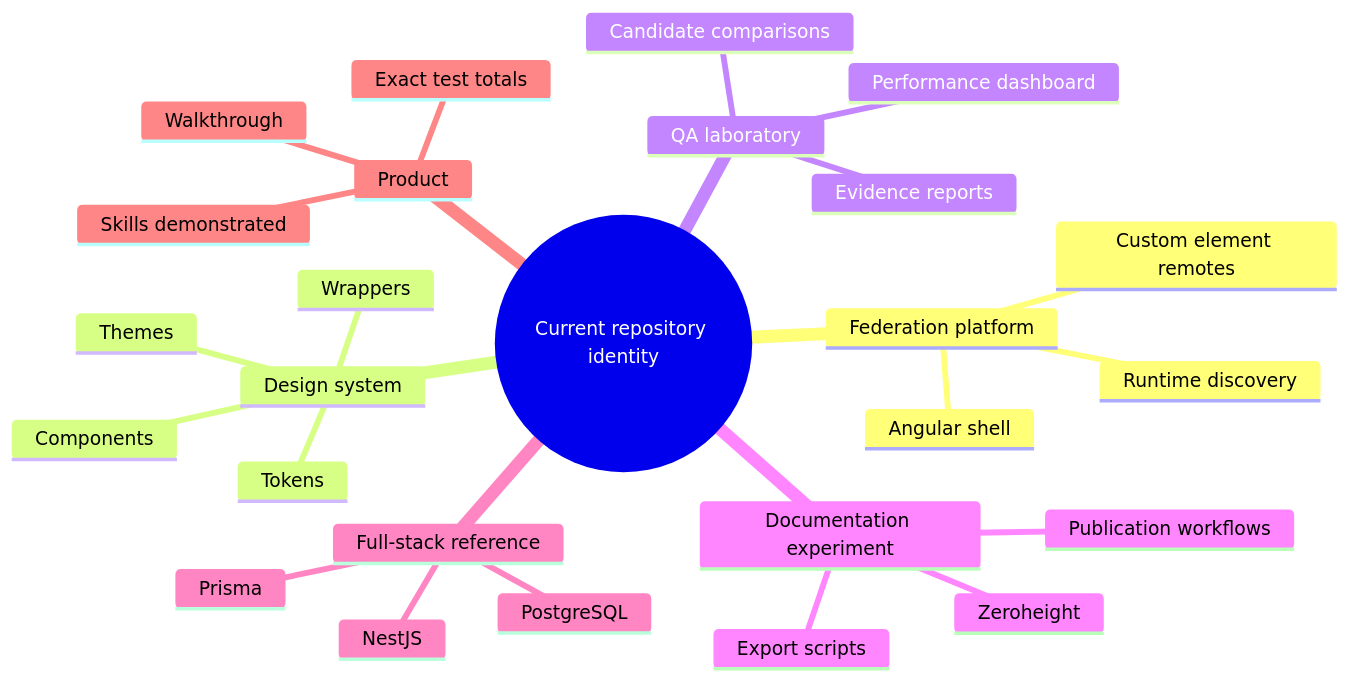
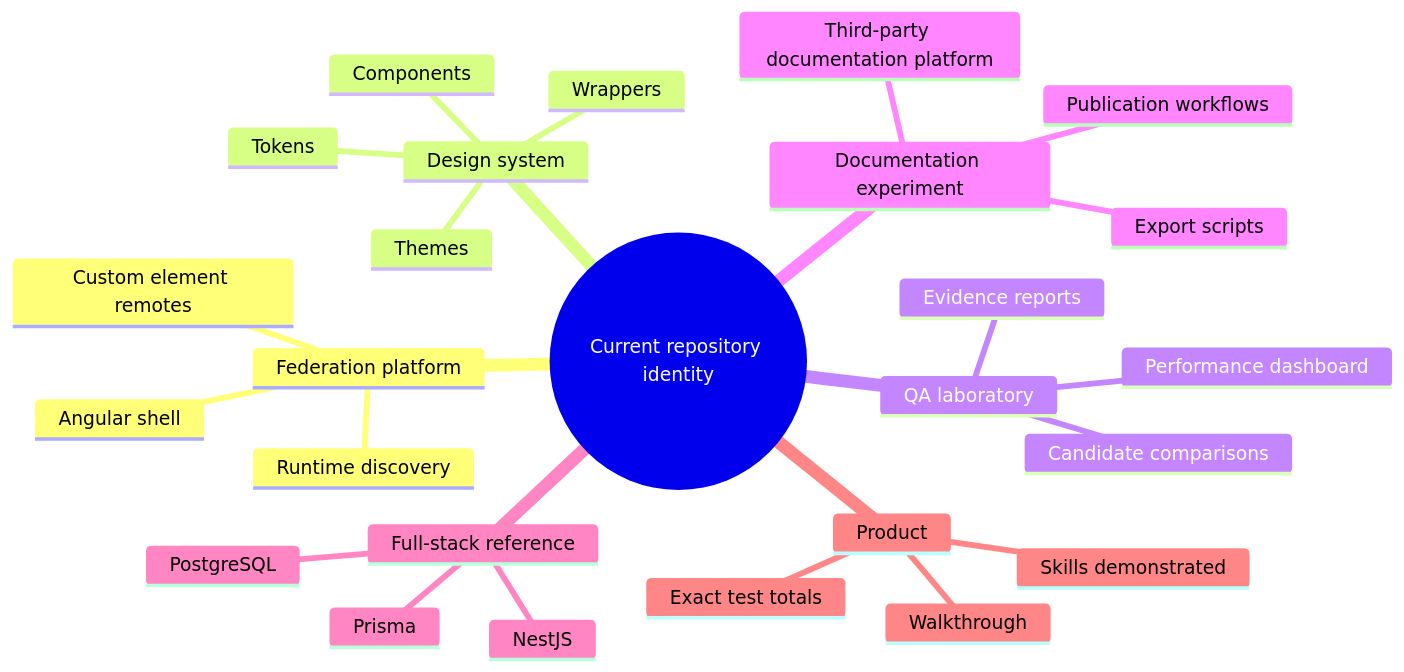
One commit to JeffreySanford/public-sector-federation changed the diagram in docs/documentation-upgrade/02-current-state-audit.md. Above: the diagram before and after it, drawn with Mermaid. The commit also changed other lines of this file and 91 other files, not shown here.

````diff
--- a/docs/documentation-upgrade/02-current-state-audit.md
+++ b/docs/documentation-upgrade/02-current-state-audit.md
@@ -25,29 +25,29 @@
 ```mermaid
 mindmap
   root((Current repository identity))
     Federation platform
       Angular shell
       Custom element remotes
       Runtime discovery
     Design system
       Tokens
       Wrappers
       Themes
       Components
     QA laboratory
       Candidate comparisons
       Performance dashboard
       Evidence reports
     Documentation experiment
-      Zeroheight
+      Third-party documentation platform
       Export scripts
       Publication workflows
     Full-stack reference
       NestJS
       Prisma
       PostgreSQL
     Product
       Walkthrough
       Skills demonstrated
       Exact test totals
 ```
````
